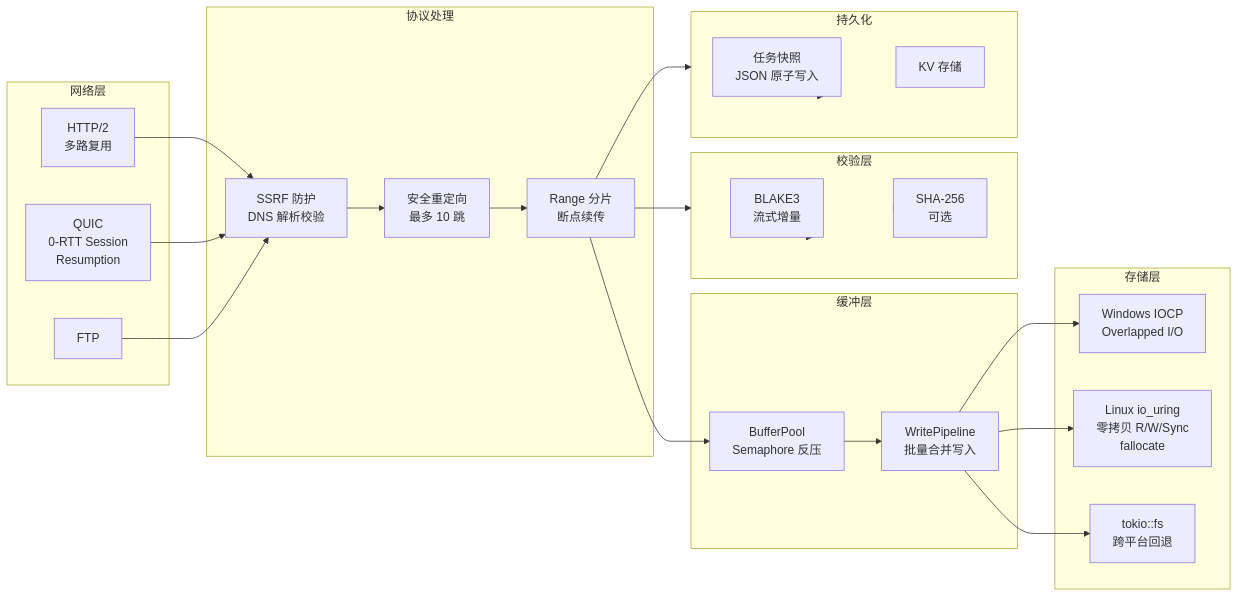
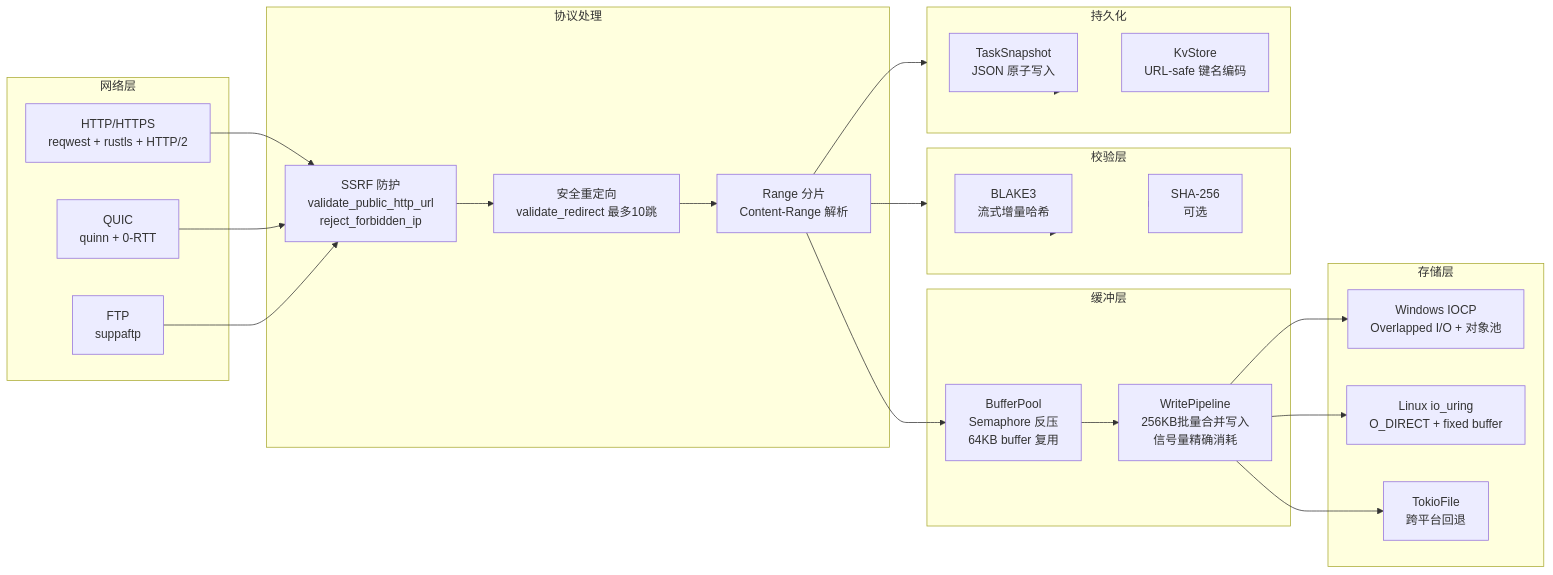
The sixth of 7 diagrams in README.md (baiye2941/Tachyon), drawn with Mermaid before and after one commit. The commit also changed other lines of this file and 187 other files, not shown here.

````diff
--- a/README.md
+++ b/README.md
@@ -177,52 +334,52 @@
 ```mermaid
 flowchart LR
     subgraph NET["网络层"]
-        HTTP["HTTP/2<br/>多路复用"]
-        QUIC["QUIC<br/>0-RTT Session<br/>Resumption"]
-        FTP["FTP"]
+        HTTP["HTTP/HTTPS<br/>reqwest + rustls + HTTP/2"]
+        QUIC["QUIC<br/>quinn + 0-RTT"]
+        FTP["FTP<br/>suppaftp"]
     end
 
     subgraph PROC["协议处理"]
-        SSRF["SSRF 防护<br/>DNS 解析校验"]
-        REDIR["安全重定向<br/>最多 10 跳"]
-        RANGE["Range 分片<br/>断点续传"]
+        SSRF["SSRF 防护<br/>validate_public_http_url<br/>reject_forbidden_ip"]
+        REDIR["安全重定向<br/>validate_redirect 最多10跳"]
+        RANGE["Range 分片<br/>Content-Range 解析"]
     end
 
     subgraph BUF["缓冲层"]
-        POOL["BufferPool<br/>Semaphore 反压"]
-        PIPE["WritePipeline<br/>批量合并写入"]
+        POOL["BufferPool<br/>Semaphore 反压<br/>64KB buffer 复用"]
+        PIPE["WritePipeline<br/>256KB批量合并写入<br/>信号量精确消耗"]
     end
 
     subgraph DISK["存储层"]
-        IOCP["Windows IOCP<br/>Overlapped I/O"]
-        IOURING["Linux io_uring<br/>零拷贝 R/W/Sync<br/>fallocate"]
-        TOKIO["tokio::fs<br/>跨平台回退"]
+        IOCP["Windows IOCP<br/>Overlapped I/O + 对象池"]
+        IOURING["Linux io_uring<br/>O_DIRECT + fixed buffer"]
+        TOKIO["TokioFile<br/>跨平台回退"]
     end
 
     subgraph VERIFY["校验层"]
-        BLAKE3["BLAKE3<br/>流式增量"]
+        BLAKE3["BLAKE3<br/>流式增量哈希"]
         SHA256["SHA-256<br/>可选"]
     end
 
     subgraph PERSIST["持久化"]
-        SNAP["任务快照<br/>JSON 原子写入"]
-        KV["KV 存储"]
+        SNAP["TaskSnapshot<br/>JSON 原子写入"]
+        KV["KvStore<br/>URL-safe 键名编码"]
     end
 
     HTTP --> SSRF
     QUIC --> SSRF
     FTP --> SSRF
     SSRF --> REDIR
     REDIR --> RANGE
     RANGE --> POOL
     POOL --> PIPE
     PIPE --> IOCP
     PIPE --> IOURING
     PIPE --> TOKIO
     RANGE --> VERIFY
     VERIFY --> BLAKE3
     VERIFY --> SHA256
     RANGE --> PERSIST
     PERSIST --> SNAP
     PERSIST --> KV
 ```
````
